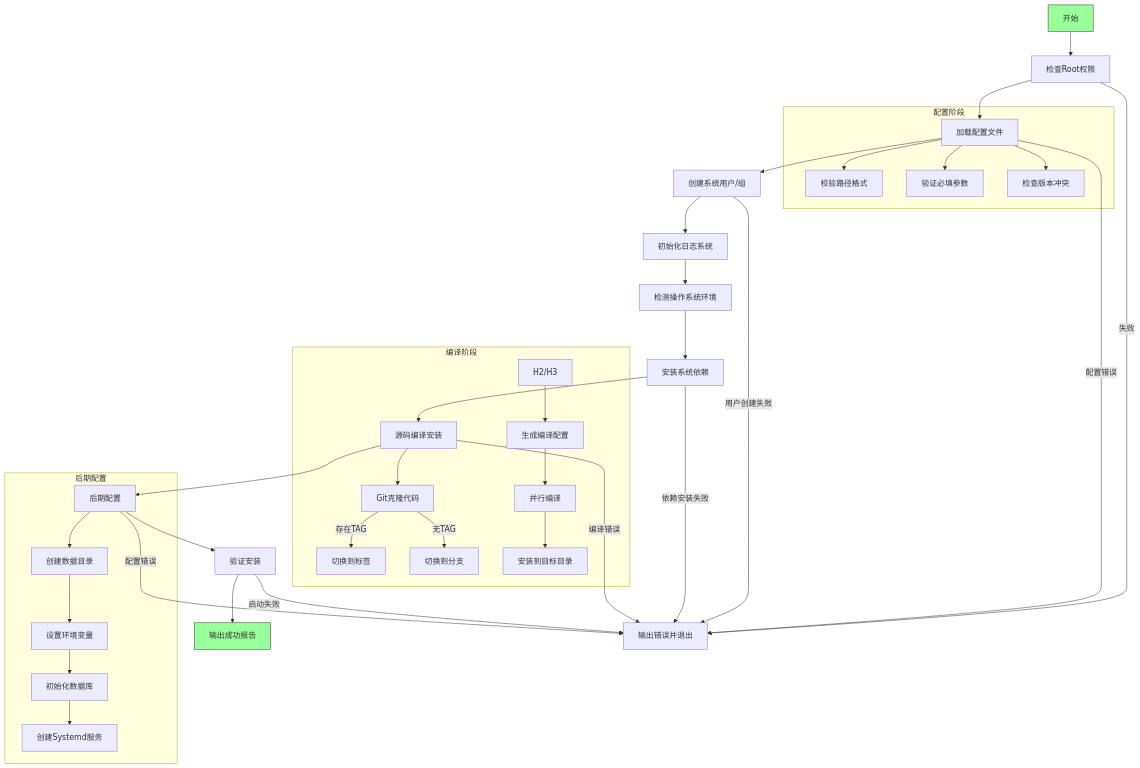
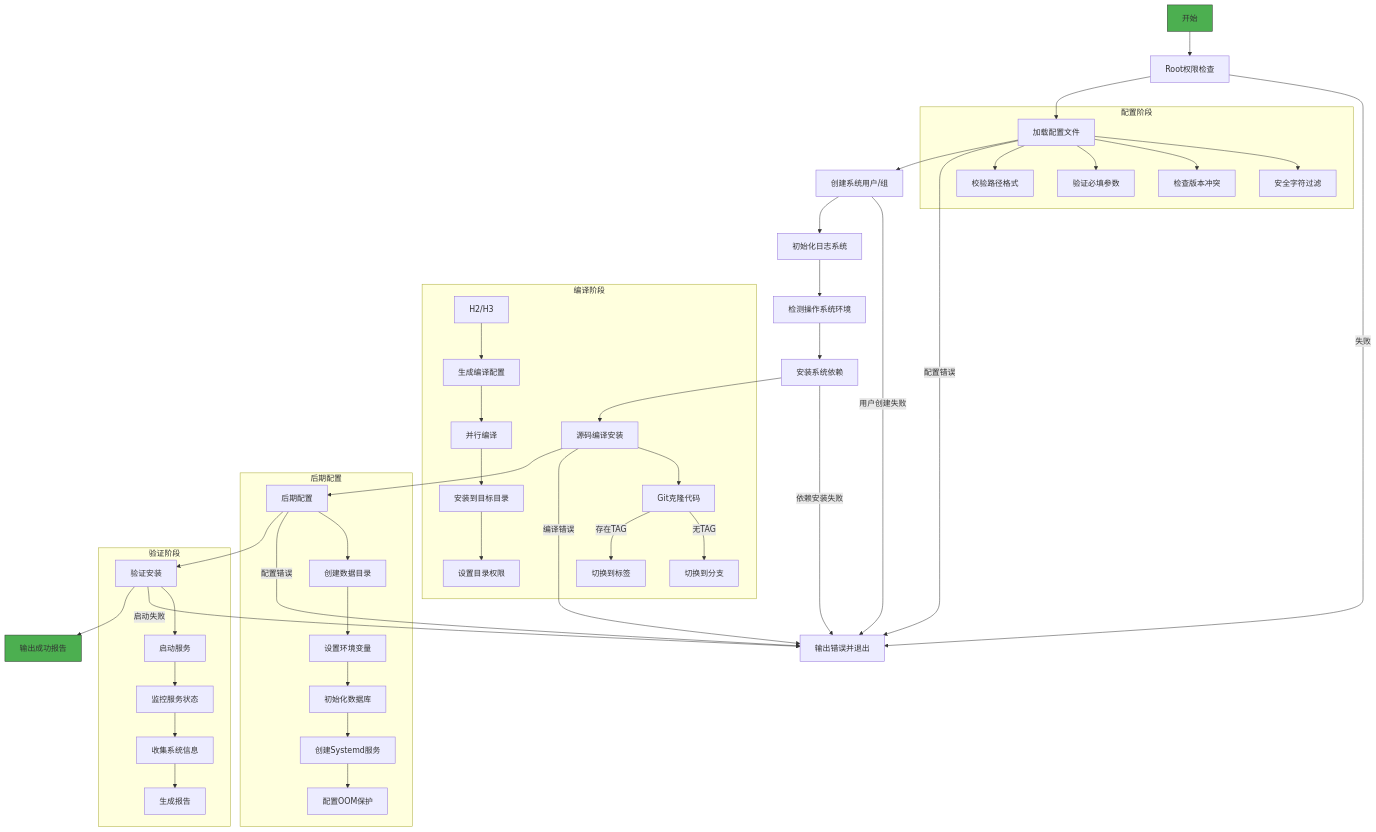
The diagram in README.md (yangchunwanwusheng/IvorySQL-AutoInstaller), drawn with Mermaid before and after one commit. The commit also changed other lines of this file, not shown here.

````diff
--- a/README.md
+++ b/README.md
@@ -52,81 +35,56 @@
 ```mermaid
-
 graph TD
-
-A[开始] --> B[检查Root权限]
-
-B --> C[加载配置文件]
-
-C --> D[创建系统用户/组]
-
-D --> E[初始化日志系统]
-
-E --> F[检测操作系统环境]
-
-F --> G[安装系统依赖]
-
-G --> H[源码编译安装]
-
-H --> I[后期配置]
-
-I --> J[验证安装]
-
-J --> K[输出成功报告]
-
-style A fill:#9f9,stroke:#333
-
-style K fill:#9f9,stroke:#333
-
-B -->|失败| ERR[输出错误并退出]
-
-C -->|配置错误| ERR
-
-D -->|用户创建失败| ERR
-
-G -->|依赖安装失败| ERR
-
-H -->|编译错误| ERR
-
-I -->|配置错误| ERR
-
-J -->|启动失败| ERR
-
-subgraph 配置阶段
-
-C --> C1[校验路径格式]
-
-C --> C2[验证必填参数]
-
-C --> C3[检查版本冲突]
-
-end
-
-subgraph 编译阶段
-
-H --> H1[Git克隆代码]
-
-H1 -->|存在TAG| H2[切换到标签]
-
-H1 -->|无TAG| H3[切换到分支]
-
-H2/H3 --> H4[生成编译配置]
-
-H4 --> H5[并行编译]
-
-H5 --> H6[安装到目标目录]
-
-end
-
-subgraph 后期配置
-
-I --> I1[创建数据目录]
-
-I1 --> I2[设置环境变量]
-
-I2 --> I3[初始化数据库]
-
-I3 --> I4[创建Systemd服务]
-
-end
-
+    A[开始] --> B[Root权限检查]
+    B --> C[加载配置文件]
+    C --> D[创建系统用户/组]
+    D --> E[初始化日志系统]
+    E --> F[检测操作系统环境]
+    F --> G[安装系统依赖]
+    G --> H[源码编译安装]
+    H --> I[后期配置]
+    I --> J[验证安装]
+    J --> K[输出成功报告]
+    
+    style A fill:#4CAF50,stroke:#333
+    style K fill:#4CAF50,stroke:#333
+    
+    B -->|失败| ERR[输出错误并退出]
+    C -->|配置错误| ERR
+    D -->|用户创建失败| ERR
+    G -->|依赖安装失败| ERR
+    H -->|编译错误| ERR
+    I -->|配置错误| ERR
+    J -->|启动失败| ERR
+    
+    subgraph 配置阶段
+        C --> C1[校验路径格式]
+        C --> C2[验证必填参数]
+        C --> C3[检查版本冲突]
+        C --> C4[安全字符过滤]
+    end
+    
+    subgraph 编译阶段
+        H --> H1[Git克隆代码]
+        H1 -->|存在TAG| H2[切换到标签]
+        H1 -->|无TAG| H3[切换到分支]
+        H2/H3 --> H4[生成编译配置]
+        H4 --> H5[并行编译]
+        H5 --> H6[安装到目标目录]
+        H6 --> H7[设置目录权限]
+    end
+    
+    subgraph 后期配置
+        I --> I1[创建数据目录]
+        I1 --> I2[设置环境变量]
+        I2 --> I3[初始化数据库]
+        I3 --> I4[创建Systemd服务]
+        I4 --> I5[配置OOM保护]
+    end
+    
+    subgraph 验证阶段
+        J --> J1[启动服务]
+        J1 --> J2[监控服务状态]
+        J2 --> J3[收集系统信息]
+        J3 --> J4[生成报告]
+    end
 ```
````
